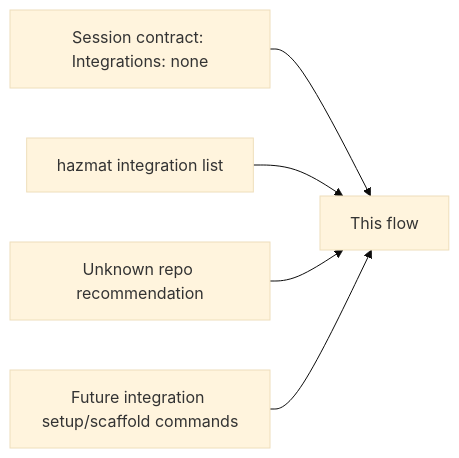
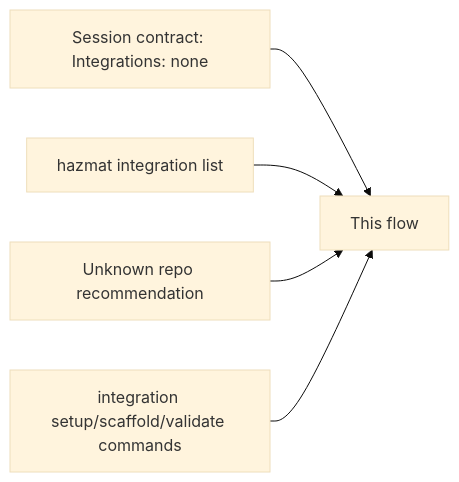
One commit to dredozubov/hazmat changed the fourth of 5 diagrams in docs/integration-contributor-flow.md. Above: the diagram before and after it, drawn with Mermaid (base theme). The commit also changed other lines of this file and 5 other files, not shown here.

Commit message:
integration: add guided contributor commands

````diff
--- a/docs/integration-contributor-flow.md
+++ b/docs/integration-contributor-flow.md
@@ -117,7 +132,7 @@
 ```mermaid
 flowchart LR
     A["Session contract: Integrations: none"] --> E["This flow"]
     B["hazmat integration list"] --> E
     C["Unknown repo recommendation"] --> E
-    D["Future integration setup/scaffold commands"] --> E
+    D["integration setup/scaffold/validate commands"] --> E
 ```
````
